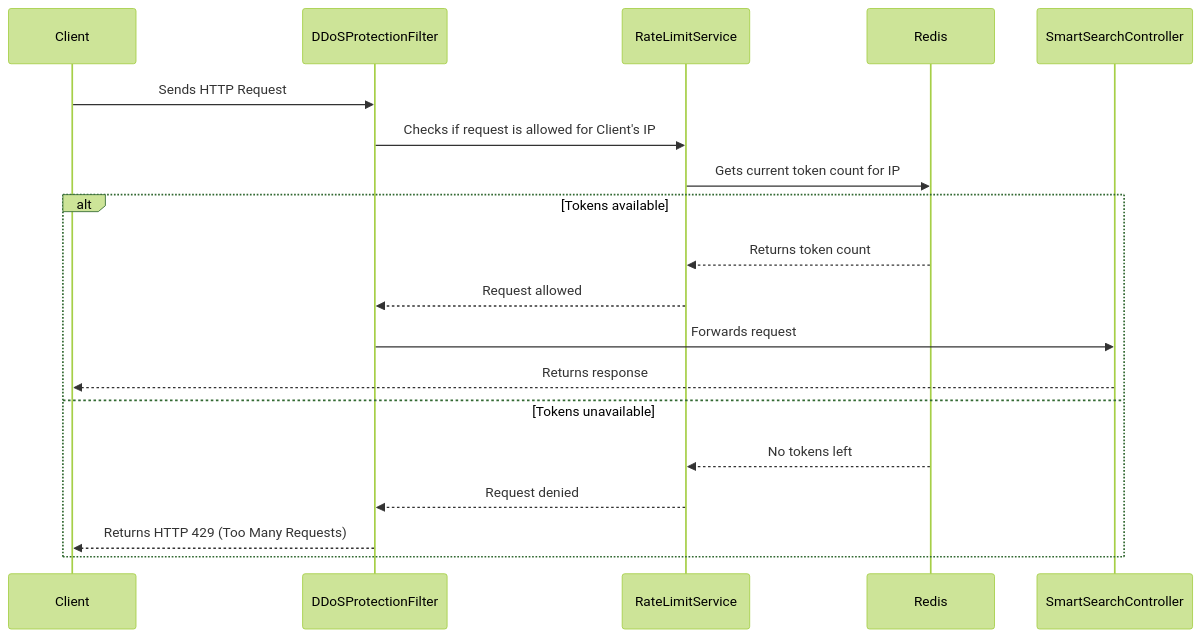
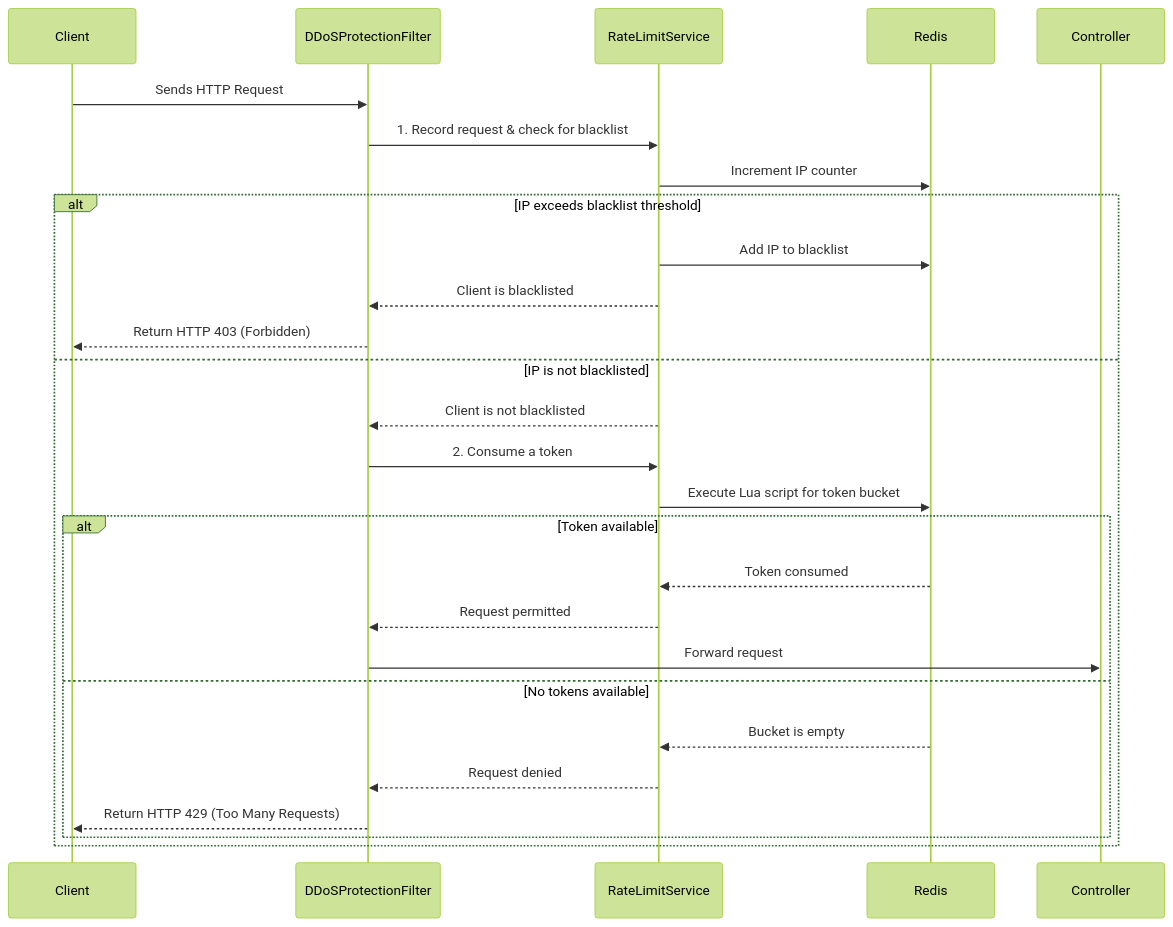
The diagram in docs/RATE_LIMITING_WITH_REDIS.md (Ibrahimkas68/Cop-chatbot), drawn with Mermaid (forest theme) before and after one commit. The commit also changed other lines of this file and 20 other files, not shown here.

Commit message:
Update documentation redis rate limiet

````diff
--- a/docs/RATE_LIMITING_WITH_REDIS.md
+++ b/docs/RATE_LIMITING_WITH_REDIS.md
@@ -32,22 +16,29 @@
 ```mermaid
 sequenceDiagram
     participant Client
     participant DDoSProtectionFilter
     participant RateLimitService
     participant Redis
-    participant SmartSearchController
 
     Client->>DDoSProtectionFilter: Sends HTTP Request
-    DDoSProtectionFilter->>RateLimitService: Checks if request is allowed for Client's IP
-    RateLimitService->>Redis: Gets current token count for IP
-    alt Tokens available
-        Redis-->>RateLimitService: Returns token count
-        RateLimitService-->>DDoSProtectionFilter: Request allowed
-        DDoSProtectionFilter->>SmartSearchController: Forwards request
-        SmartSearchController-->>Client: Returns response
-    else Tokens unavailable
-        Redis-->>RateLimitService: No tokens left
-        RateLimitService-->>DDoSProtectionFilter: Request denied
-        DDoSProtectionFilter-->>Client: Returns HTTP 429 (Too Many Requests)
+    DDoSProtectionFilter->>RateLimitService: 1. Record request & check for blacklist
+    RateLimitService->>Redis: Increment IP counter
+    alt IP exceeds blacklist threshold
+        RateLimitService->>Redis: Add IP to blacklist
+        RateLimitService-->>DDoSProtectionFilter: Client is blacklisted
+        DDoSProtectionFilter-->>Client: Return HTTP 403 (Forbidden)
+    else IP is not blacklisted
+        RateLimitService-->>DDoSProtectionFilter: Client is not blacklisted
+        DDoSProtectionFilter->>RateLimitService: 2. Consume a token
+        RateLimitService->>Redis: Execute Lua script for token bucket
+        alt Token available
+            Redis-->>RateLimitService: Token consumed
+            RateLimitService-->>DDoSProtectionFilter: Request permitted
+            DDoSProtectionFilter->>Controller: Forward request
+        else No tokens available
+            Redis-->>RateLimitService: Bucket is empty
+            RateLimitService-->>DDoSProtectionFilter: Request denied
+            DDoSProtectionFilter-->>Client: Return HTTP 429 (Too Many Requests)
+        end
     end
 ```
````
